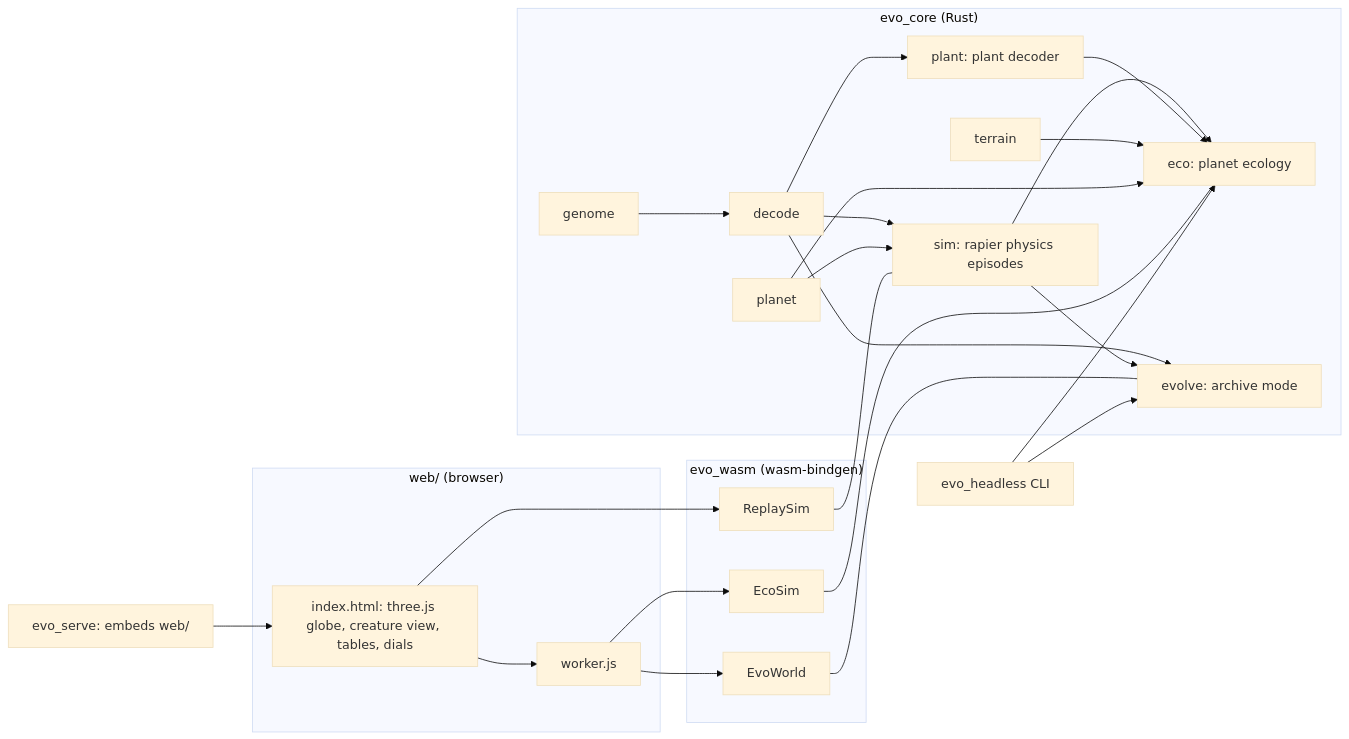
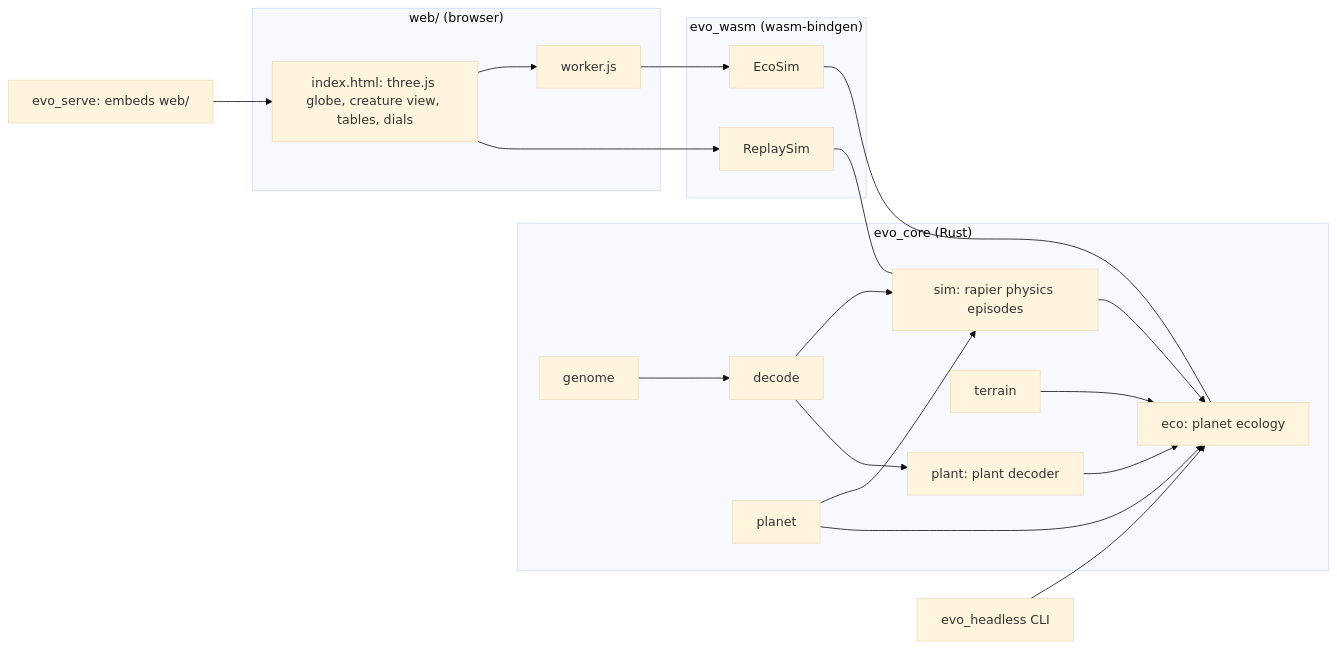
The first of 10 diagrams in docs/SPEC.md (Tubbles/evo-planet), drawn with Mermaid (base theme) before and after one commit. The commit also changed other lines of this file and 15 other files, not shown here.

First line of the commit message:
Remove archive mode: the planet ecology is the only mode

````diff
--- a/docs/SPEC.md
+++ b/docs/SPEC.md
@@ -13,29 +13,24 @@
 ```mermaid
 flowchart LR
   subgraph core["evo_core (Rust)"]
     G[genome] --> D[decode]
     D --> S[sim: rapier physics episodes]
     D --> P[plant: plant decoder]
     S --> E[eco: planet ecology]
     P --> E
     T[terrain] --> E
     PL[planet] --> S
     PL --> E
-    D --> EV[evolve: archive mode]
-    S --> EV
   end
   subgraph wasm["evo_wasm (wasm-bindgen)"]
-    W1[EvoWorld] --- EV
     W2[EcoSim] --- E
     W3[ReplaySim] --- S
   end
   subgraph web["web/ (browser)"]
-    WK[worker.js] --> W1
-    WK --> W2
+    WK[worker.js] --> W2
     IX[index.html: three.js globe, creature view, tables, dials] --> WK
     IX --> W3
   end
   H[evo_headless CLI] --> E
-  H --> EV
   SV[evo_serve: embeds web/] --> IX
 ```
````
